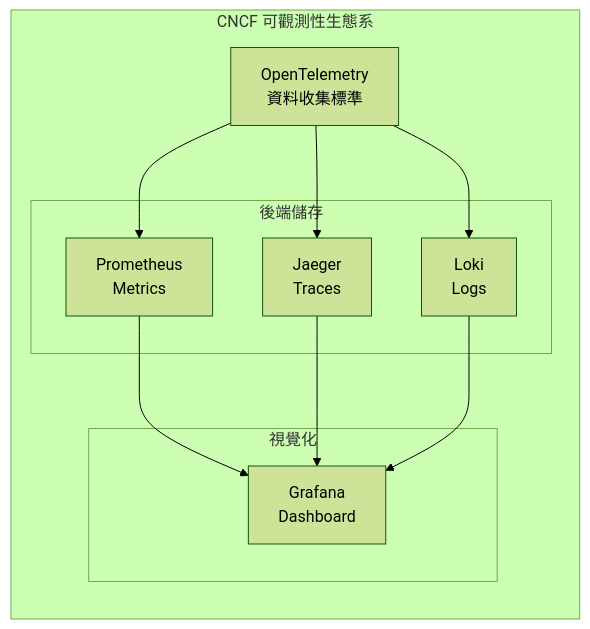
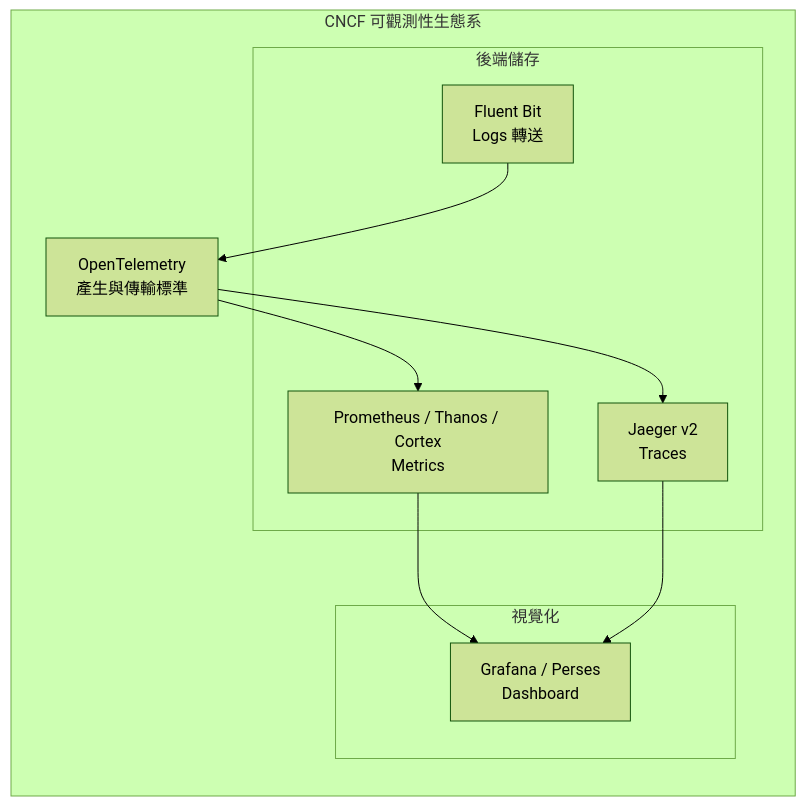
Before and after one commit to chihhung/Blog: the second of 19 diagrams in content/posts/教學/工具/OpenTelemetry教學手冊.md, drawn with Mermaid (forest theme). The commit also changed other lines of this file and 8 other files, not shown here.

````diff
--- a/content/posts/教學/工具/OpenTelemetry教學手冊.md
+++ b/content/posts/教學/工具/OpenTelemetry教學手冊.md
@@ -199,23 +292,22 @@
 ```mermaid
 graph LR
     subgraph "CNCF 可觀測性生態系"
-        OTel[OpenTelemetry<br/>資料收集標準]
-        
+        OTel[OpenTelemetry<br/>產生與傳輸標準]
+
         subgraph "後端儲存"
-            Prometheus[Prometheus<br/>Metrics]
-            Jaeger[Jaeger<br/>Traces]
-            Loki[Loki<br/>Logs]
+            Prometheus[Prometheus / Thanos / Cortex<br/>Metrics]
+            Jaeger[Jaeger v2<br/>Traces]
+            Fluent[Fluent Bit<br/>Logs 轉送]
         end
-        
+
         subgraph "視覺化"
-            Grafana[Grafana<br/>Dashboard]
+            Grafana[Grafana / Perses<br/>Dashboard]
         end
-        
+
         OTel --> Prometheus
         OTel --> Jaeger
-        OTel --> Loki
+        Fluent --> OTel
         Prometheus --> Grafana
         Jaeger --> Grafana
-        Loki --> Grafana
     end
 ```
````
